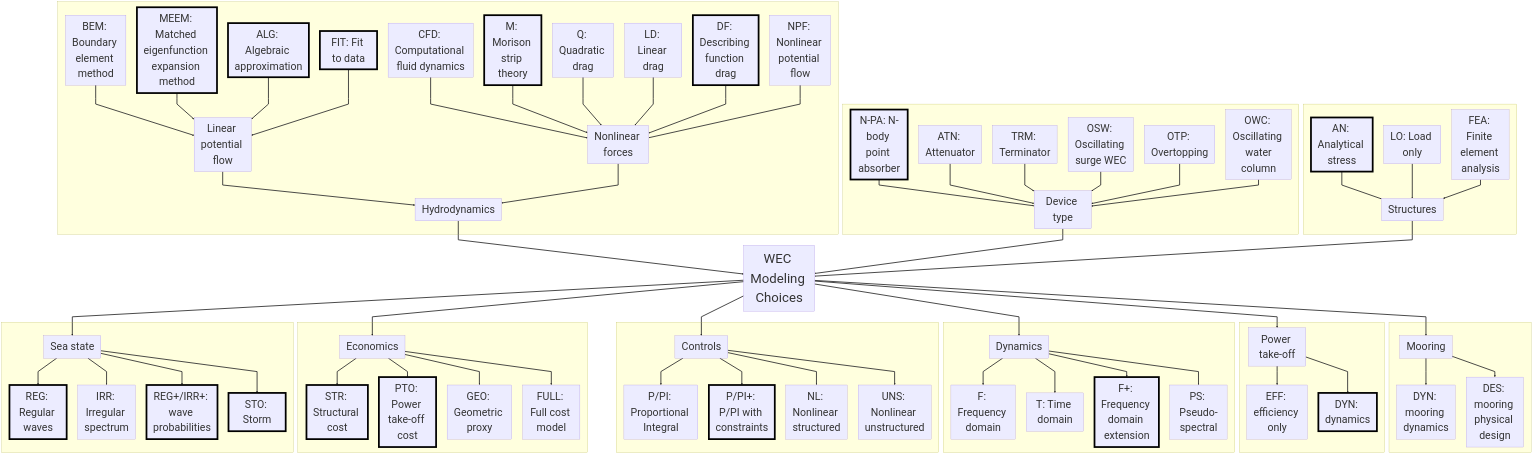
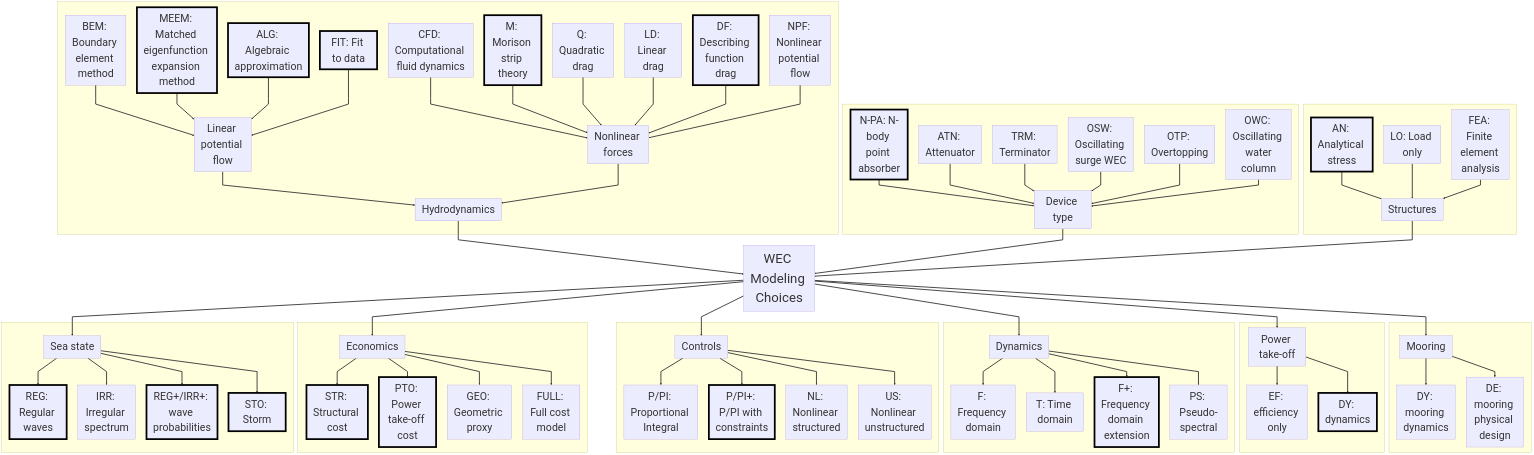
One commit to symbiotic-engineering/MDOcean changed the diagram in mdocean/plots/non_matlab_figs/taxonomy.mmd. Above: the diagram before and after it, drawn with Mermaid. The commit also changed 1 other file, not shown here.

```diff
--- a/mdocean/plots/non_matlab_figs/taxonomy.mmd
+++ b/mdocean/plots/non_matlab_figs/taxonomy.mmd
@@ -1,150 +1,150 @@
 %%{init: {
   "flowchart": {
     "curve": "linear"
     },
   "themeVariables": {
     "fontSize": "48px"
   }
 }}%%
 flowchart TB
     Parent["WEC Modeling Choices"]
 
     SpacerL[" "] --- Parent --- SpacerR[" "]
 
 %% connections to parent
     ChildA --> Parent
     Device --> Parent
     ChildC --> Parent
 
     Parent --> PTO
     Parent --> ChildB
     Parent --> Controls
     Parent --> ChildD
     Parent --> ChildE
     Parent --> Mooring
 
 %% device typeset
 subgraph device[" "]
     Device["Device type"]
 
     PA["N-PA: N-body point absorber"] --> Device
     ATN["ATN: Attenuator"] --> Device
     TRM["TRM: Terminator"] --> Device
     OSW["OSW: Oscillating surge WEC"] --> Device
     OTP["OTP: Overtopping"] --> Device
     OWC["OWC: Oscillating  water column"] --> Device
 end
 
 %% mooring
 subgraph mooring[" "]
     Mooring["Mooring"]
 
-    Mooring --> DYN["DYN: mooring dynamics"]
-    Mooring --> DES["DES: mooring physical design"]
+    Mooring --> DYN["DY: mooring dynamics"]
+    Mooring --> DES["DE: mooring physical design"]
 end
 
 %% powertrain
 subgraph pto[" "]
     PTO["Power take-off"]
 
-    PTO --> EFF["EFF: efficiency only"]
-    PTO --> PTODYN["DYN: dynamics"]
+    PTO --> EFF["EF: efficiency only"]
+    PTO --> PTODYN["DY: dynamics"]
 end
 
 %% HYDRODYNAMICS (top subgraph, arrows corrected upward)
 subgraph H[" "]
     ChildA["Hydrodynamics"]
 
     B1["Linear potential flow"] --> ChildA
     B3["Nonlinear forces"] --> ChildA
 
     BEM["BEM: Boundary element method"] --> B1
     MEEM["MEEM: Matched eigenfunction expansion method"] --> B1
     ALG["ALG: Algebraic approximation"] --> B1
     FIT["FIT: Fit to data"] --> B1
 
     CFD["CFD: Computational fluid dynamics"] --> B3
     M["M: Morison strip theory"] --> B3
     Q["Q: Quadratic drag"] --> B3
     LD["LD: Linear drag"] --> B3
     DF["DF: Describing function drag"] --> B3
     NPF["NPF: Nonlinear potential flow"] --> B3
 end
 
 %% DYNAMICS (top subgraph, arrows corrected upward)
 subgraph DY[" "]
     ChildB["Dynamics"]
 
     ChildB --> A1["F: Frequency domain"]
     ChildB --> A2["T: Time domain"]
     ChildB --> Fplus["F+: Frequency domain extension"]
     ChildB --> A4["PS: Pseudo-spectral"]
 end
 
 %% CONTROLS (top subgraph, arrows corrected upward)
 subgraph C[" "]
     Controls["Controls"]
     
     Controls --> CPI["P/PI: Proportional Integral"] 
     Controls --> Pplus["P/PI+: P/PI with constraints"]
     Controls --> NL["NL: Nonlinear structured"]
-    Controls --> UNS["UNS: Nonlinear unstructured"]
+    Controls --> US["US: Nonlinear unstructured"]
 end
 
 %% STRUCTURES (bottom subgraph, flow top-to-bottom)
 subgraph S[" "]
     ChildC["Structures"]
 
     AN["AN: Analytical stress"] --> ChildC
     LO["LO: Load only"] --> ChildC
     FEA["FEA: Finite element analysis"] --> ChildC
 end
 
 %% ECONOMICS (bottom subgraph, flow top-to-bottom)
 subgraph E[" "]
     ChildD["Economics"]
 
     ChildD --> STR["STR: Structural cost"]
     ChildD --> PTOecon["PTO: Power take-off cost"]
     ChildD --> GEO["GEO: Geometric proxy"]
     ChildD --> D4["FULL: Full cost model"]
 end
 
 %% SEA STATE (bottom subgraph, flow top-to-bottom)
 subgraph SS[" "]
     ChildE["Sea state"]
 
     ChildE --> REG["REG: Regular waves"]
     ChildE --> IRR["IRR: Irregular spectrum"]
     ChildE --> JOINT["REG+/IRR+: wave probabilities"]
     ChildE --> STO["STO: Storm"]
 end
 
 linkStyle 2,3,4,5,6,7,8,9,10,11,12,13,14,15,16,17,18,19,20,21,22,23,24,25,26,27,28,29,30,31,32,33,34,35,36,37,38,39,40,41,42,43,44,45,46,47,48,49,50,51 stroke-width:4px
 
 linkStyle 0,1 stroke-width:0px
 
 %% Define a "thick" class
     classDef thick stroke-width:8px,stroke:#000
 
     class MEEM thick
     class DF thick
     class Pplus thick
     class REG thick
     class JOINT thick
     class STR thick
     class AN thick
     class M thick
     class PTOecon thick
     class STO thick
     class Fplus thick
     class ALG thick
     class FIT thick
     class PTODYN thick
     class PA thick
 
     classDef bigFont font-size:60px
     class Parent bigFont
 
     classDef hidden fill:none,stroke:none;
     class SpacerL,SpacerR hidden
```
